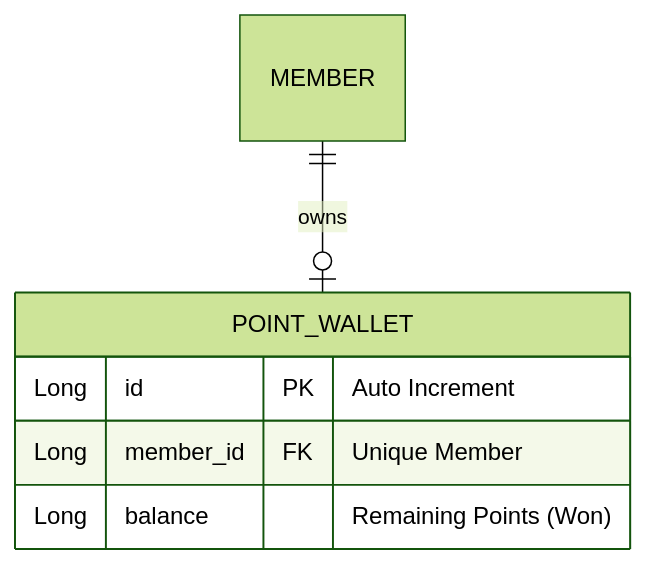
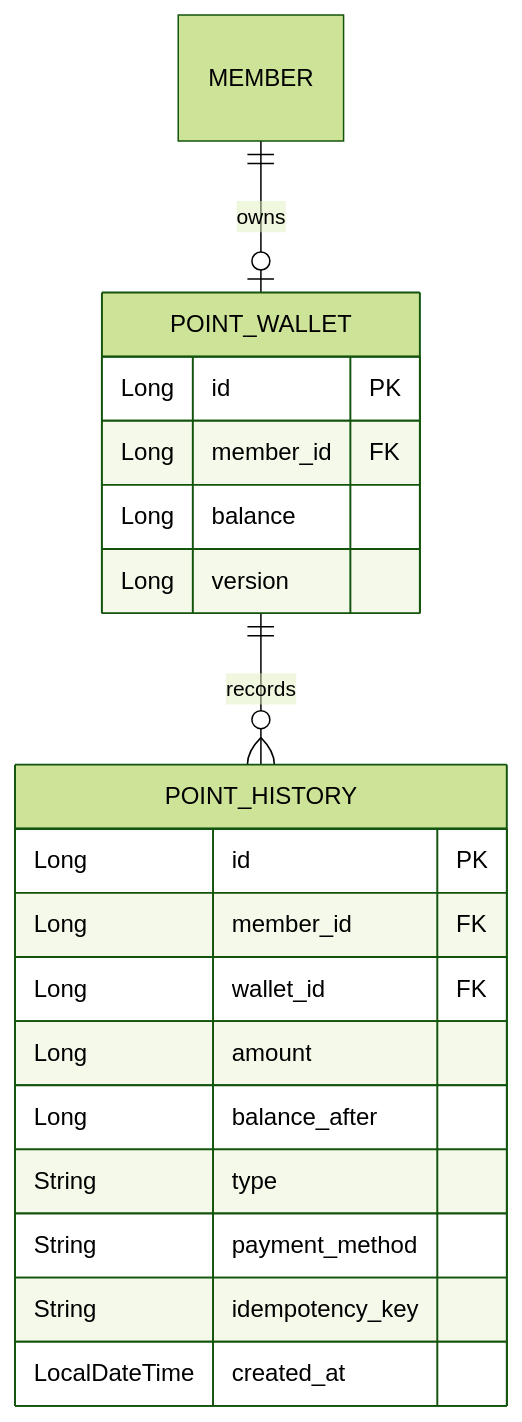
Before and after one commit to ShinhanDSProject/shinhan-delivery: the diagram in docs/design/point-wallet-design.md, drawn with Mermaid (forest theme). The commit also changed other lines of this file and 24 other files, not shown here.

````diff
--- a/docs/design/point-wallet-design.md
+++ b/docs/design/point-wallet-design.md
@@ -20,9 +22,24 @@
 ```mermaid
 erDiagram
-    MEMBER ||--o| POINT_WALLET : "owns"
+    MEMBER ||--o| POINT_WALLET : owns
+    POINT_WALLET ||--o{ POINT_HISTORY : records
+
     POINT_WALLET {
-        Long id PK "Auto Increment"
-        Long member_id FK "Unique Member"
-        Long balance "Remaining Points (Won)"
+        Long id PK
+        Long member_id FK
+        Long balance
+        Long version
+    }
+
+    POINT_HISTORY {
+        Long id PK
+        Long member_id FK
+        Long wallet_id FK
+        Long amount
+        Long balance_after
+        String type
+        String payment_method
+        String idempotency_key
+        LocalDateTime created_at
     }
 ```
````
